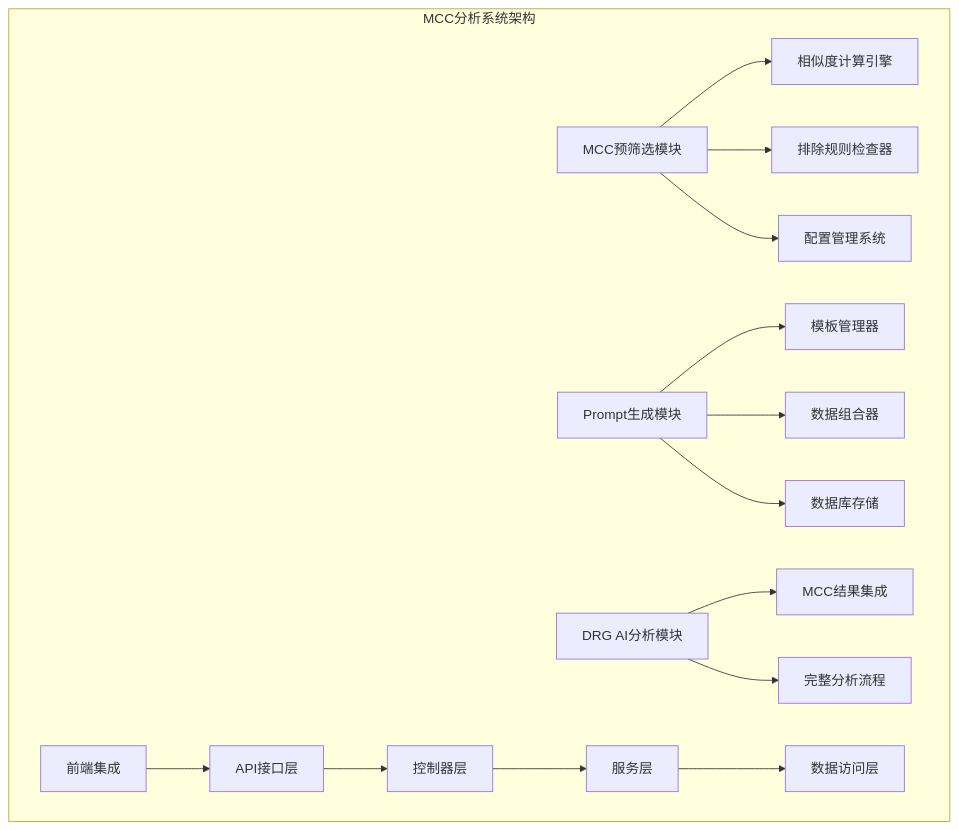
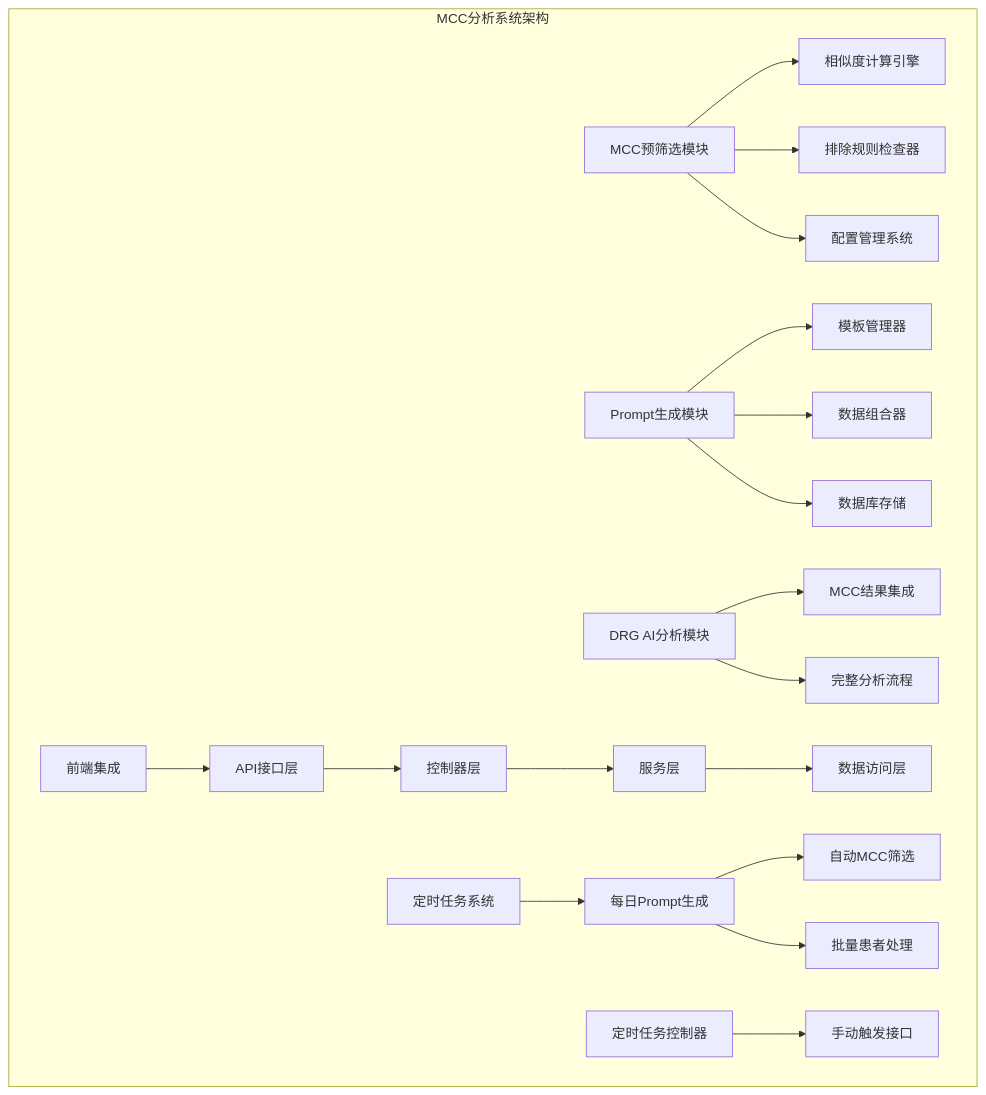
The first of 7 diagrams in .qoder/repowiki/zh/content/核心功能模块/MCC分析系统.md (liuzh2008/med_ai_assistant_workspace), drawn with Mermaid before and after one commit. The commit also changed other lines of this file and 5 other files, not shown here.

````diff
--- a/.qoder/repowiki/zh/content/核心功能模块/MCC分析系统.md
+++ b/.qoder/repowiki/zh/content/核心功能模块/MCC分析系统.md
@@ -33,17 +45,21 @@
 ```mermaid
 graph TB
 subgraph "MCC分析系统架构"
 A[MCC预筛选模块] --> B[相似度计算引擎]
 A --> C[排除规则检查器]
 A --> D[配置管理系统]
 E[Prompt生成模块] --> F[模板管理器]
 E --> G[数据组合器]
 E --> H[数据库存储]
 I[DRG AI分析模块] --> J[MCC结果集成]
 I --> K[完整分析流程]
 L[前端集成] --> M[API接口层]
 M --> N[控制器层]
 N --> O[服务层]
 O --> P[数据访问层]
+Q[定时任务系统] --> R[每日Prompt生成]
+R --> S[自动MCC筛选]
+R --> T[批量患者处理]
+U[定时任务控制器] --> V[手动触发接口]
 end
 ```
````
